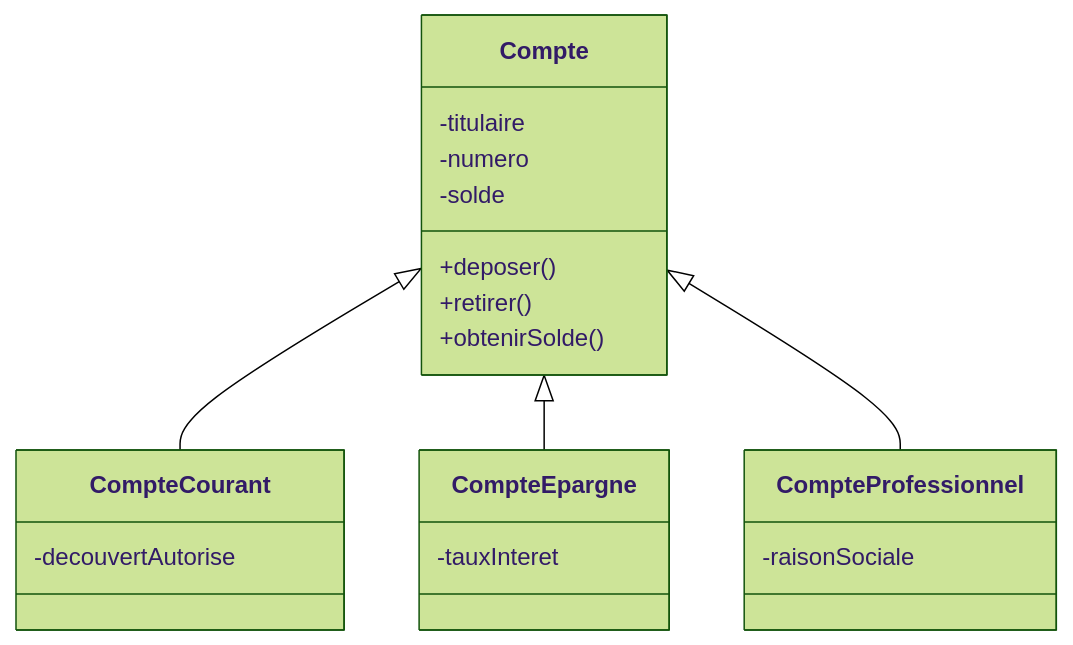
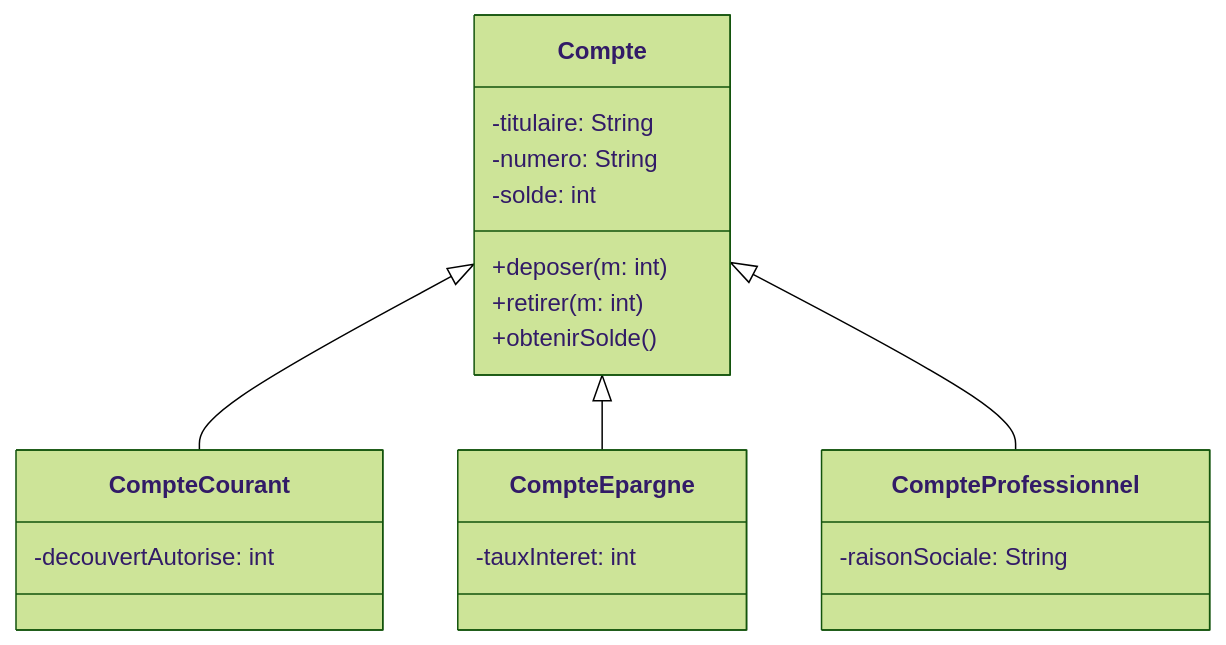
The second of 5 diagrams in Cours/Heritage/intro.md (AlexDmr/l3m-2026-2027-apo), drawn with Mermaid (forest theme) before and after one commit.

Commit message:
update Cours/Heritage/intro.md from ptf-ens

````diff
--- a/Cours/Heritage/intro.md
+++ b/Cours/Heritage/intro.md
@@ -60,27 +60,27 @@
 ```mermaid
 classDiagram
     class Compte {
-        -titulaire
-        -numero
-        -solde
-        +deposer()
-        +retirer()
+        -titulaire: String
+        -numero: String
+        -solde: int
+        +deposer(m: int)
+        +retirer(m: int)
         +obtenirSolde()
     }
     
     class CompteCourant {
-        -decouvertAutorise
+        -decouvertAutorise: int
     }
     
     class CompteEpargne {
-        -tauxInteret
+        -tauxInteret: int
     }
     
     class CompteProfessionnel {
-        -raisonSociale
+        -raisonSociale: String
     }
     
     Compte <|-- CompteCourant
     Compte <|-- CompteEpargne
     Compte <|-- CompteProfessionnel
 ```
````
